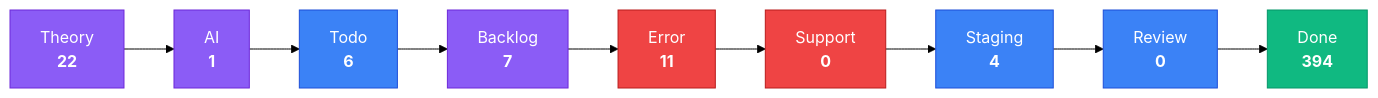
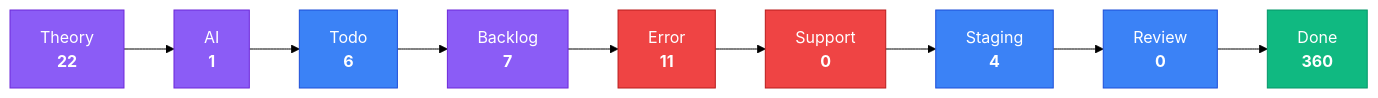
Before and after one commit to KBVE/kbve: the third of 4 diagrams in apps/kbve/astro-kbve/src/content/docs/dashboard/kanban-data.mdx, drawn with Mermaid (forest theme). The commit also changed other lines of this file and 7 other files, not shown here.

````diff
--- a/apps/kbve/astro-kbve/src/content/docs/dashboard/kanban-data.mdx
+++ b/apps/kbve/astro-kbve/src/content/docs/dashboard/kanban-data.mdx
@@ -79,28 +79,28 @@
 ```mermaid
 flowchart LR
     classDef planning fill:#8b5cf6,stroke:#6d28d9,color:#fff
     classDef active fill:#3b82f6,stroke:#1d4ed8,color:#fff
     classDef blocked fill:#ef4444,stroke:#b91c1c,color:#fff
     classDef done fill:#10b981,stroke:#059669,color:#fff
     Theory["Theory<br/><strong>22</strong>"]
     Theory --> AI
     AI["AI<br/><strong>1</strong>"]
     AI --> Todo
     Todo["Todo<br/><strong>6</strong>"]
     Todo --> Backlog
     Backlog["Backlog<br/><strong>7</strong>"]
     Backlog --> Error
     Error["Error<br/><strong>11</strong>"]
     Error --> Support
     Support["Support<br/><strong>0</strong>"]
     Support --> Staging
     Staging["Staging<br/><strong>4</strong>"]
     Staging --> Review
     Review["Review<br/><strong>0</strong>"]
     Review --> Done
-    Done["Done<br/><strong>394</strong>"]
+    Done["Done<br/><strong>360</strong>"]
     class Theory,AI,Backlog planning
     class Todo,Staging,Review active
     class Error,Support blocked
     class Done done
 ```
````
